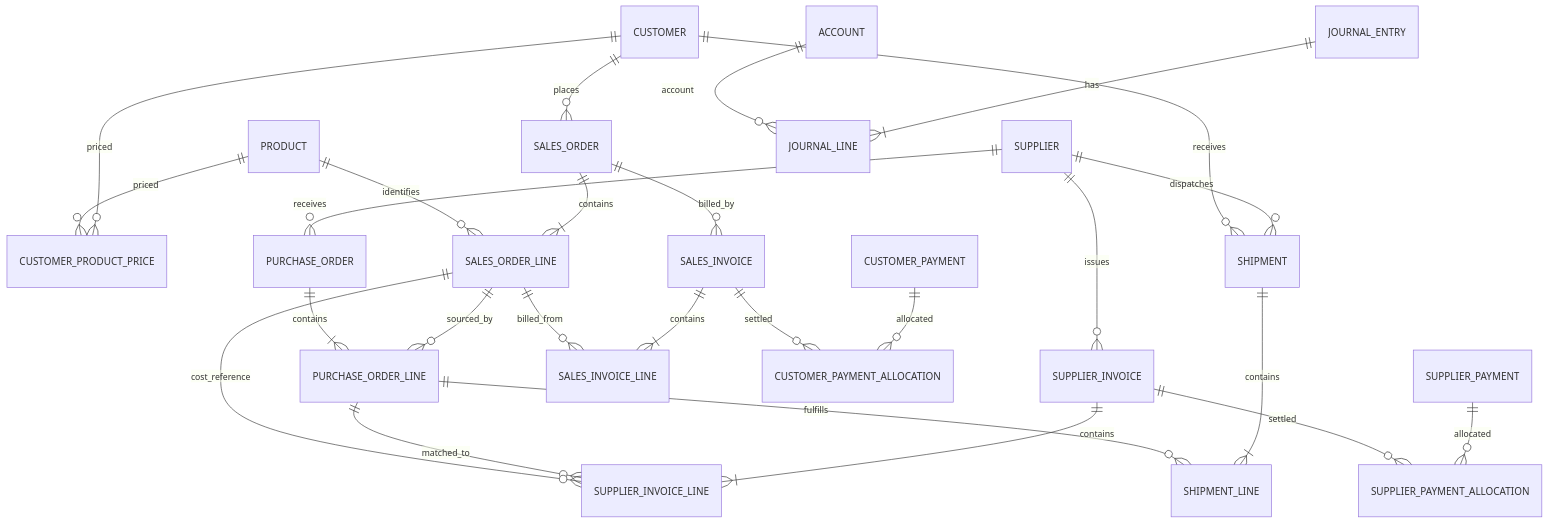
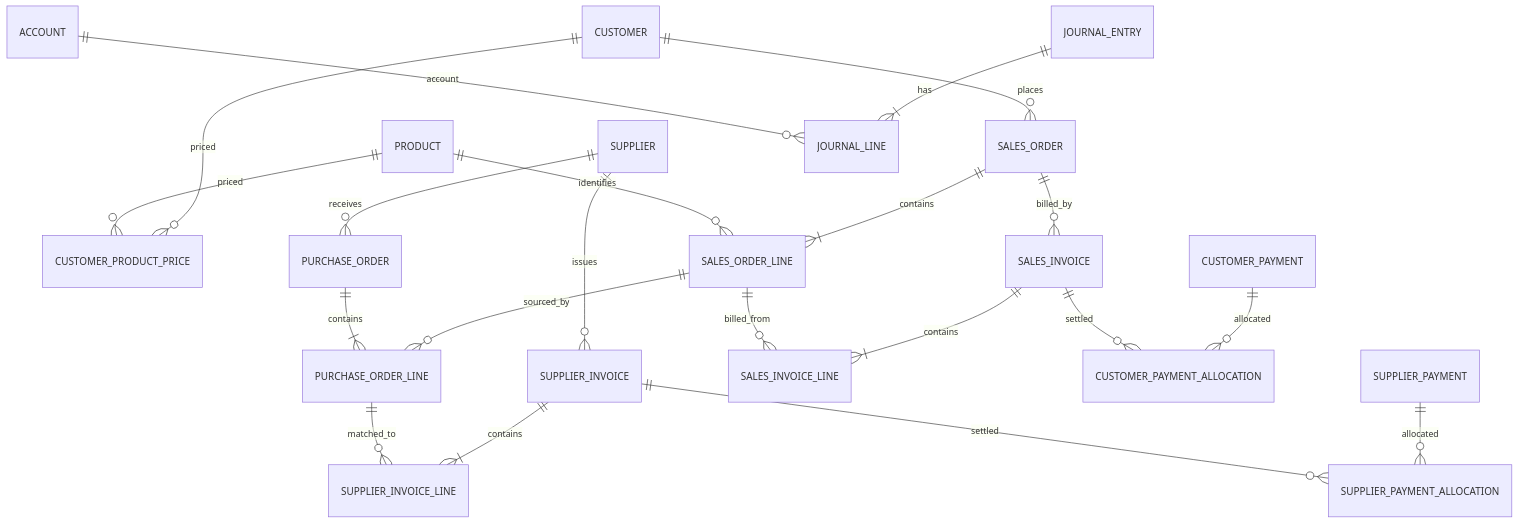
Before and after one commit to suryohadikuncoro-hue/Jena-Medica: the diagram in DATA_MODEL_MAPPING_AND_INTEGRATION_PLAN.md, drawn with Mermaid. The commit also changed other lines of this file, not shown here.

Commit message:
docs: align data model with approved invoice and shipment decisions

````diff
--- a/DATA_MODEL_MAPPING_AND_INTEGRATION_PLAN.md
+++ b/DATA_MODEL_MAPPING_AND_INTEGRATION_PLAN.md
@@ -33,28 +39,23 @@
-```mermaid
+~~~mermaid
 erDiagram
   CUSTOMER ||--o{ CUSTOMER_PRODUCT_PRICE : priced
   PRODUCT ||--o{ CUSTOMER_PRODUCT_PRICE : priced
   CUSTOMER ||--o{ SALES_ORDER : places
   SALES_ORDER ||--|{ SALES_ORDER_LINE : contains
   PRODUCT ||--o{ SALES_ORDER_LINE : identifies
   SALES_ORDER_LINE ||--o{ PURCHASE_ORDER_LINE : sourced_by
   SUPPLIER ||--o{ PURCHASE_ORDER : receives
   PURCHASE_ORDER ||--|{ PURCHASE_ORDER_LINE : contains
   SUPPLIER ||--o{ SUPPLIER_INVOICE : issues
   SUPPLIER_INVOICE ||--|{ SUPPLIER_INVOICE_LINE : contains
   PURCHASE_ORDER_LINE ||--o{ SUPPLIER_INVOICE_LINE : matched_to
-  SALES_ORDER_LINE ||--o{ SUPPLIER_INVOICE_LINE : cost_reference
-  SUPPLIER ||--o{ SHIPMENT : dispatches
-  CUSTOMER ||--o{ SHIPMENT : receives
-  SHIPMENT ||--|{ SHIPMENT_LINE : contains
-  PURCHASE_ORDER_LINE ||--o{ SHIPMENT_LINE : fulfills
   SALES_ORDER ||--o{ SALES_INVOICE : billed_by
   SALES_INVOICE ||--|{ SALES_INVOICE_LINE : contains
   SALES_ORDER_LINE ||--o{ SALES_INVOICE_LINE : billed_from
   CUSTOMER_PAYMENT ||--o{ CUSTOMER_PAYMENT_ALLOCATION : allocated
   SALES_INVOICE ||--o{ CUSTOMER_PAYMENT_ALLOCATION : settled
   SUPPLIER_PAYMENT ||--o{ SUPPLIER_PAYMENT_ALLOCATION : allocated
   SUPPLIER_INVOICE ||--o{ SUPPLIER_PAYMENT_ALLOCATION : settled
   JOURNAL_ENTRY ||--|{ JOURNAL_LINE : has
   ACCOUNT ||--o{ JOURNAL_LINE : account
-```
+~~~
````
